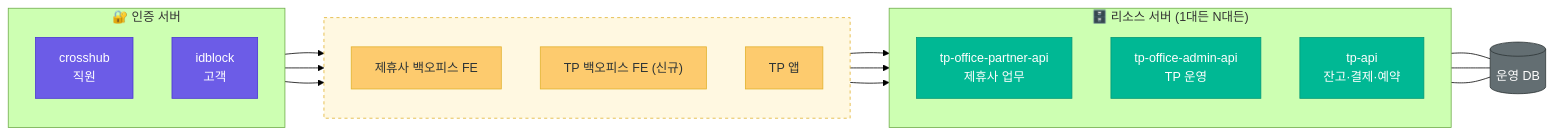
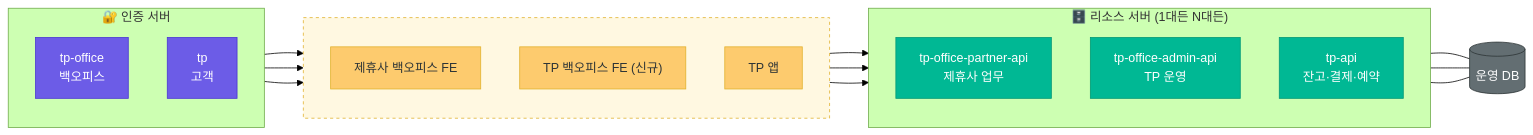
The fourth of 4 diagrams in docs/architecture-overview.md (crosshub-poc-backoffice/travelpass-backoffice-BE), drawn with Mermaid (forest theme) before and after one commit. The commit also changed other lines of this file and 20 other files, not shown here.

````diff
--- a/docs/architecture-overview.md
+++ b/docs/architecture-overview.md
@@ -201,38 +201,38 @@
 ```mermaid
 flowchart LR
   subgraph KC["🔐 인증 서버"]
     direction TB
-    R1["crosshub<br/>직원"]
-    R2["idblock<br/>고객"]
+    R1["tp-office<br/>백오피스"]
+    R2["tp<br/>고객"]
   end
   subgraph CL[" "]
     direction TB
     PFE["제휴사 백오피스 FE"]
     TFE["TP 백오피스 FE (신규)"]
     APP["TP 앱"]
   end
   subgraph RS["🗄️ 리소스 서버 (1대든 N대든)"]
     direction TB
     PAPI["tp-office-partner-api<br/>제휴사 업무"]
     OAPI["tp-office-admin-api<br/>TP 운영"]
     TAPI["tp-api<br/>잔고·결제·예약"]
   end
   DB[("운영 DB")]
 
   R1 --> PFE --> PAPI
   R1 --> TFE --> OAPI
   R2 --> APP --> TAPI
   PAPI --- DB
   OAPI --- DB
   TAPI --- DB
 
   classDef auth fill:#6C5CE7,stroke:#4834d4,color:#fff
   classDef app fill:#FDCB6E,stroke:#e1b12c,color:#2d3436
   classDef rs fill:#00B894,stroke:#019875,color:#fff
   classDef db fill:#636e72,stroke:#2d3436,color:#fff
   class R1,R2 auth
   class PFE,TFE,APP app
   class PAPI,OAPI,TAPI rs
   class DB db
   style CL fill:#fff8e1,stroke:#e1b12c,stroke-dasharray:4
 ```
````
